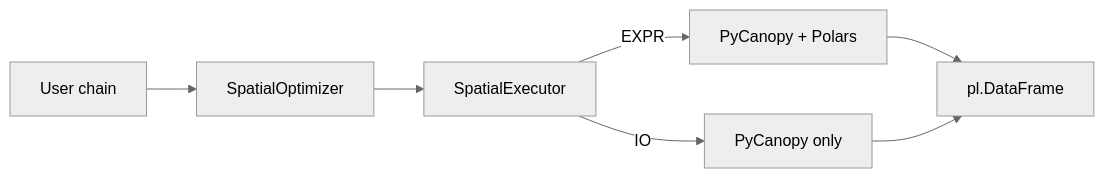
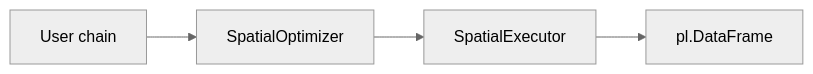
Before and after one commit to pranav-walimbe/PyCanopy: the first of 2 diagrams in README.md, drawn with Mermaid (neutral theme). The commit also changed other lines of this file, not shown here.

Commit message:
simplify query flow diagram and fix caption

````diff
--- a/README.md
+++ b/README.md
@@ -411,7 +411,4 @@
 ```mermaid
 flowchart LR
-    A[User chain] --> B[SpatialOptimizer] --> C[SpatialExecutor]
-    C -->|EXPR| D[PyCanopy + Polars]
-    C -->|IO| E[PyCanopy only]
-    D & E --> F[pl.DataFrame]
+    A[User chain] --> B[SpatialOptimizer] --> C[SpatialExecutor] --> F[pl.DataFrame]
 ```
````
